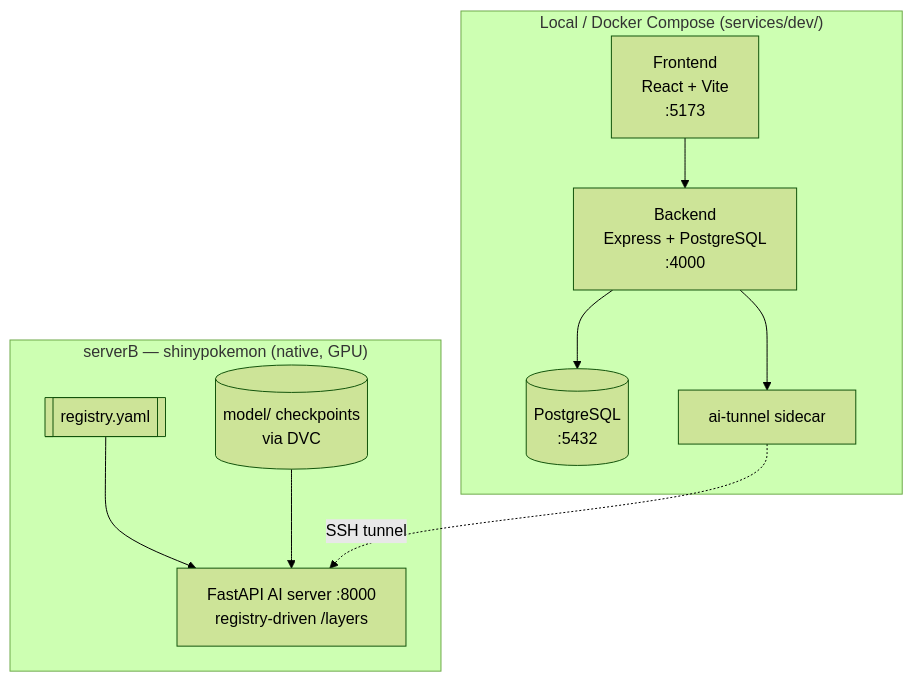
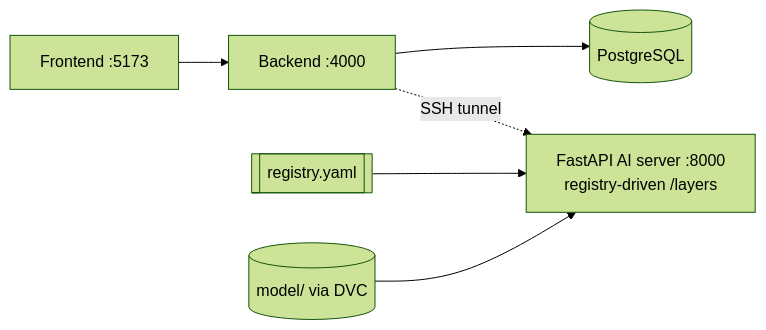
One commit to SpaceRobot-268369/COMP-6000-Capstone2 changed the third of 3 diagrams in README.md. Above: the diagram before and after it, drawn with Mermaid (forest theme). The commit also changed other lines of this file, not shown here.

Commit message:
Expand README AI model, layer interaction, samples

````diff
--- a/README.md
+++ b/README.md
@@ -164,22 +242,8 @@
 ```mermaid
-flowchart TB
-    subgraph Local["Local / Docker Compose (services/dev/)"]
-        FE[Frontend<br/>React + Vite<br/>:5173]
-        BE[Backend<br/>Express + PostgreSQL<br/>:4000]
-        PG[(PostgreSQL<br/>:5432)]
-        TUN[ai-tunnel sidecar]
-        FE --> BE
-        BE --> PG
-        BE --> TUN
-    end
-
-    subgraph ServerB["serverB — shinypokemon (native, GPU)"]
-        AI[FastAPI AI server :8000<br/>registry-driven /layers]
-        REG[[registry.yaml]]
-        CKPT[(model/ checkpoints<br/>via DVC)]
-        REG --> AI
-        CKPT --> AI
-    end
-
-    TUN -. SSH tunnel .-> AI
+flowchart LR
+    FE[Frontend :5173] --> BE[Backend :4000]
+    BE --> PG[(PostgreSQL)]
+    BE -. SSH tunnel .-> AI[FastAPI AI server :8000<br/>registry-driven /layers]
+    REG[[registry.yaml]] --> AI
+    CKPT[(model/ via DVC)] --> AI
 ```
````
